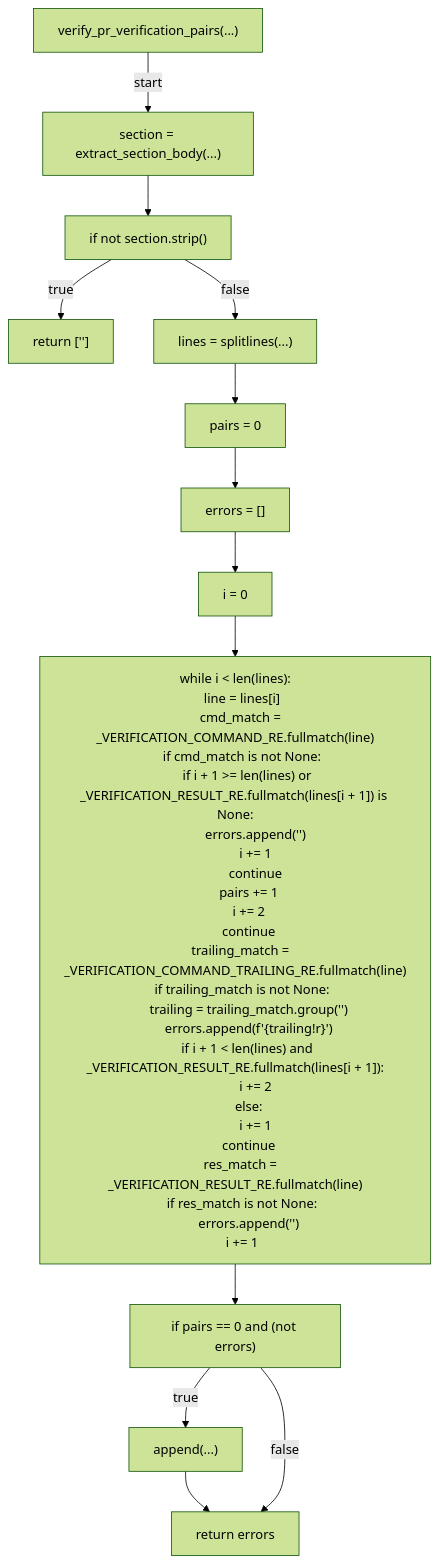
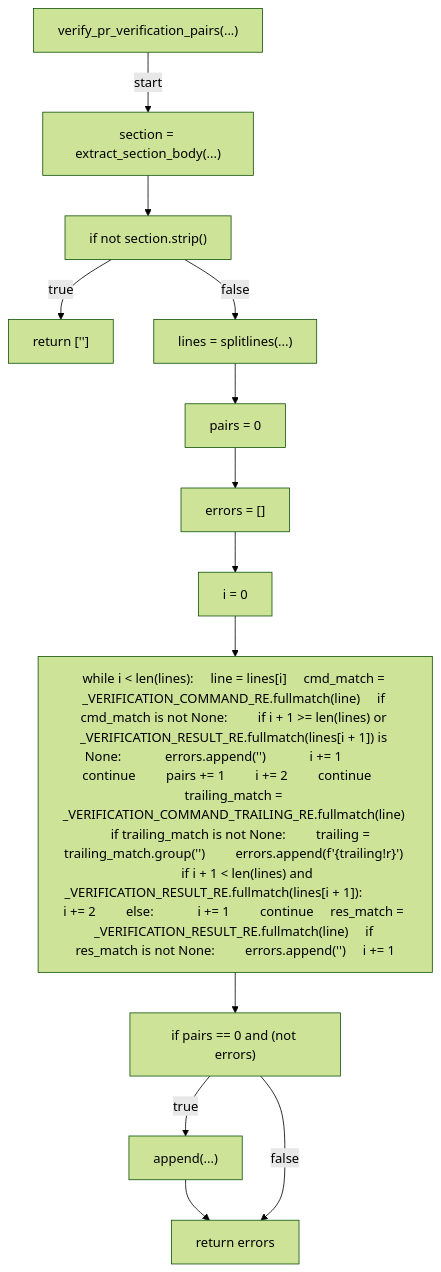
One commit to tvna/claude-md changed the eighth of 25 diagrams in docs/generated/scripts/ast/body_policy.md. Above: the diagram before and after it, drawn with Mermaid (forest theme). The commit also changed other lines of this file and 20 other files, not shown here.

First line of the commit message:
docs(generated): regenerate decision tree and workflow diagrams (batch 1/5)

````diff
--- a/docs/generated/scripts/ast/body_policy.md
+++ b/docs/generated/scripts/ast/body_policy.md
@@ -145,50 +120,27 @@
 ```mermaid
 flowchart TD
     N001["verify_pr_verification_pairs(...)"]
     N002["section = extract_section_body(...)"]
     N003["if not section.strip()"]
     N004["return ['<str>']"]
     N005["lines = splitlines(...)"]
     N006["pairs = 0"]
     N007["errors = []"]
     N008["i = 0"]
-    N009["while i < len(lines):
-    line = lines[i]
-    cmd_match = _VERIFICATION_COMMAND_RE.fullmatch(line)
-    if cmd_match is not None:
-        if i + 1 >= len(lines) or _VERIFICATION_RESULT_RE.fullmatch(lines[i + 1]) is None:
-            errors.append('<str>')
-            i += 1
-            continue
-        pairs += 1
-        i += 2
-        continue
-    trailing_match = _VERIFICATION_COMMAND_TRAILING_RE.fullmatch(line)
-    if trailing_match is not None:
-        trailing = trailing_match.group('<str>')
-        errors.append(f'<str>{trailing!r}<str>')
-        if i + 1 < len(lines) and _VERIFICATION_RESULT_RE.fullmatch(lines[i + 1]):
-            i += 2
-        else:
-            i += 1
-        continue
-    res_match = _VERIFICATION_RESULT_RE.fullmatch(line)
-    if res_match is not None:
-        errors.append('<str>')
-    i += 1"]
+    N009["while i < len(lines):     line = lines[i]     cmd_match = _VERIFICATION_COMMAND_RE.fullmatch(line)     if cmd_match is not None:         if i + 1 >= len(lines) or _VERIFICATION_RESULT_RE.fullmatch(lines[i + 1]) is None:             errors.append('<str>')             i += 1             continue         pairs += 1         i += 2         continue     trailing_match = _VERIFICATION_COMMAND_TRAILING_RE.fullmatch(line)     if trailing_match is not None:         trailing = trailing_match.group('<str>')         errors.append(f'<str>{trailing!r}<str>')         if i + 1 < len(lines) and _VERIFICATION_RESULT_RE.fullmatch(lines[i + 1]):             i += 2         else:             i += 1         continue     res_match = _VERIFICATION_RESULT_RE.fullmatch(line)     if res_match is not None:         errors.append('<str>')     i += 1"]
     N010["if pairs == 0 and (not errors)"]
     N011["append(...)"]
     N012["return errors"]
     N001 -->|"start"| N002
     N002 --> N003
     N003 -->|"true"| N004
     N003 -->|"false"| N005
     N005 --> N006
     N006 --> N007
     N007 --> N008
     N008 --> N009
     N009 --> N010
     N010 -->|"true"| N011
     N011 --> N012
     N010 -->|"false"| N012
 ```
````
